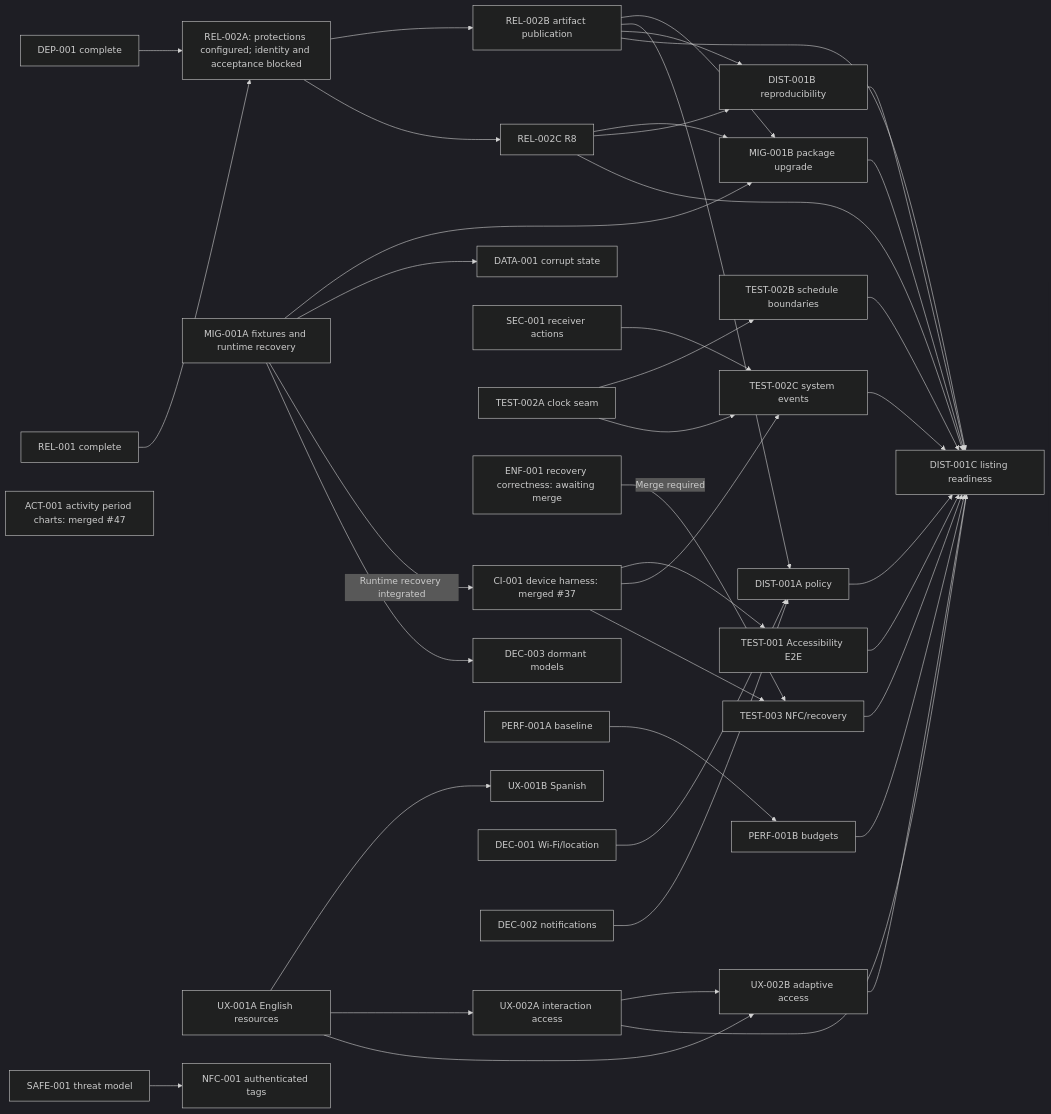
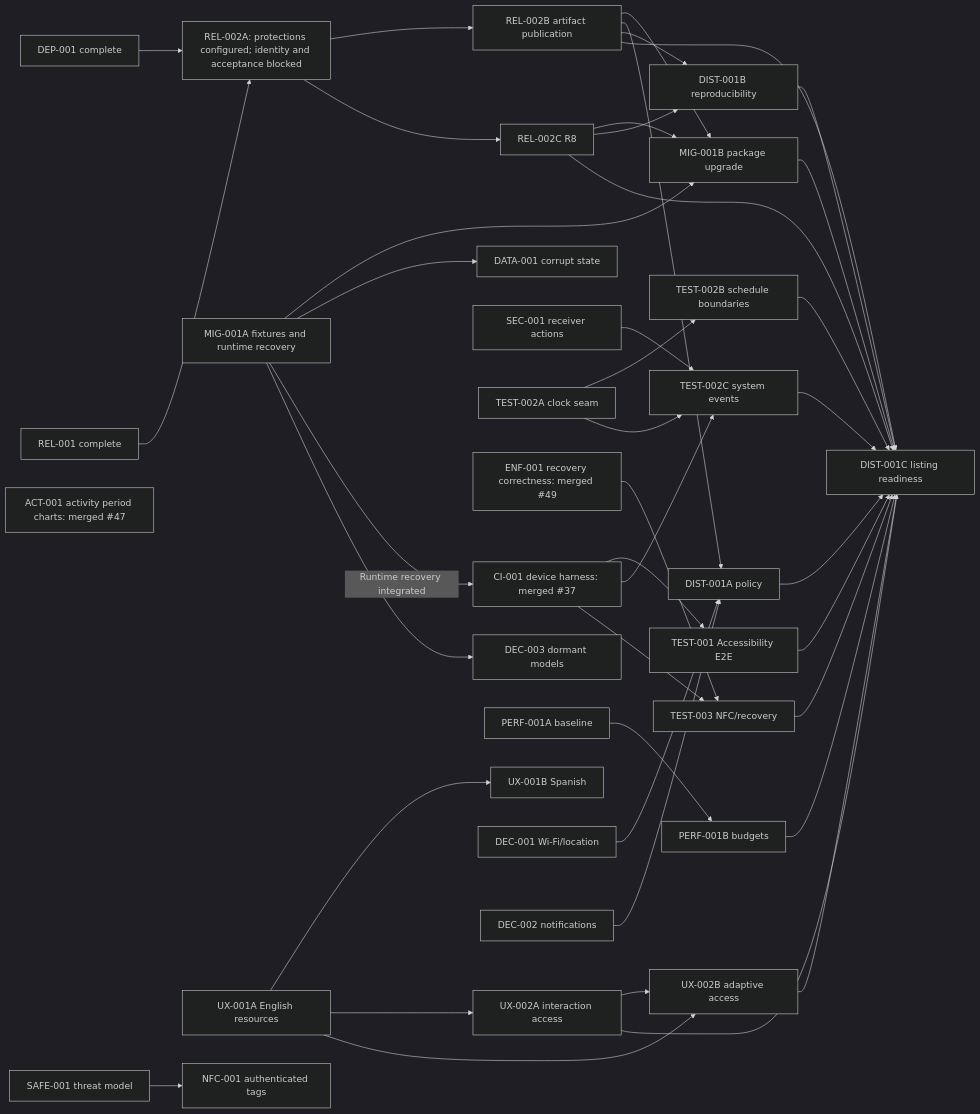
The diagram in docs/ROADMAP.md (mcasillas17/WebSnag), drawn with Mermaid (dark theme) before and after one commit. The commit also changed other lines of this file and 36 other files, not shown here.

First line of the commit message:
test: exercise Android NFC authorization and recovery (TEST-003) (#51)

````diff
--- a/docs/ROADMAP.md
+++ b/docs/ROADMAP.md
@@ -206,49 +207,49 @@
 ```mermaid
 flowchart LR
     DEP001["DEP-001 complete"] --> REL002A["REL-002A: protections configured; identity and acceptance blocked"]
     REL001["REL-001 complete"] --> REL002A
     REL002A --> REL002B["REL-002B artifact publication"]
     REL002A --> REL002C["REL-002C R8"]
     REL002B --> MIG001B["MIG-001B package upgrade"]
     REL002C --> MIG001B
     MIG001A["MIG-001A fixtures and runtime recovery"] --> MIG001B
     MIG001A --> DATA001["DATA-001 corrupt state"]
 
     CI001["CI-001 device harness: merged #37"] --> TEST001["TEST-001 Accessibility E2E"]
     MIG001A -->|"Runtime recovery integrated"| CI001
     CI001 --> TEST002C["TEST-002C system events"]
     CI001 --> TEST003["TEST-003 NFC/recovery"]
     SEC001["SEC-001 receiver actions"] --> TEST002C
     TEST002A["TEST-002A clock seam"] --> TEST002B["TEST-002B schedule boundaries"]
     TEST002A --> TEST002C
-    ENF001["ENF-001 recovery correctness: awaiting merge"] -->|"Merge required"| TEST003
+    ENF001["ENF-001 recovery correctness: merged #49"] --> TEST003
 
     UX001A["UX-001A English resources"] --> UX001B["UX-001B Spanish"]
     UX001A --> UX002A["UX-002A interaction access"]
     UX001A --> UX002B["UX-002B adaptive access"]
     UX002A --> UX002B
     PERF001A["PERF-001A baseline"] --> PERF001B["PERF-001B budgets"]
     ACT001["ACT-001 activity period charts: merged #47"]
     MIG001A --> DEC003["DEC-003 dormant models"]
 
     DEC001["DEC-001 Wi-Fi/location"] --> DIST001A["DIST-001A policy"]
     DEC002["DEC-002 notifications"] --> DIST001A
     REL002B --> DIST001A
     REL002B --> DIST001B["DIST-001B reproducibility"]
     REL002C --> DIST001B
 
     REL002B --> DIST001C["DIST-001C listing readiness"]
     REL002C --> DIST001C
     MIG001B --> DIST001C
     TEST001 --> DIST001C
     TEST002B --> DIST001C
     TEST002C --> DIST001C
     TEST003 --> DIST001C
     UX002A --> DIST001C
     UX002B --> DIST001C
     PERF001B --> DIST001C
     DIST001A --> DIST001C
     DIST001B --> DIST001C
 
     SAFE001["SAFE-001 threat model"] --> NFC001["NFC-001 authenticated tags"]
 ```
````
